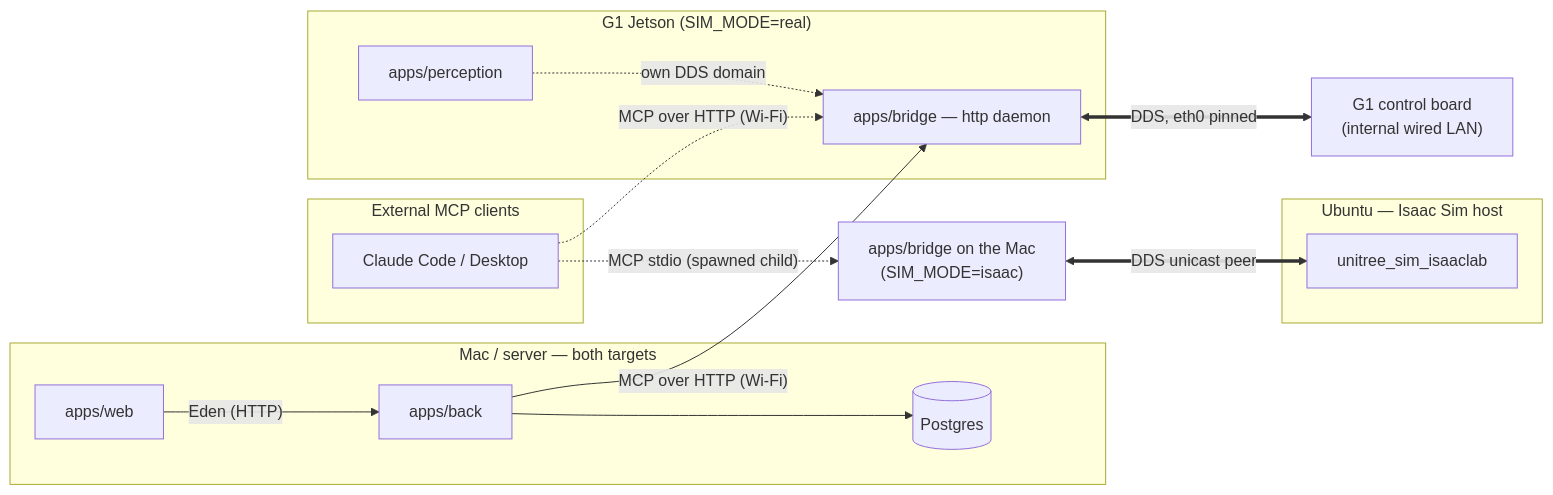
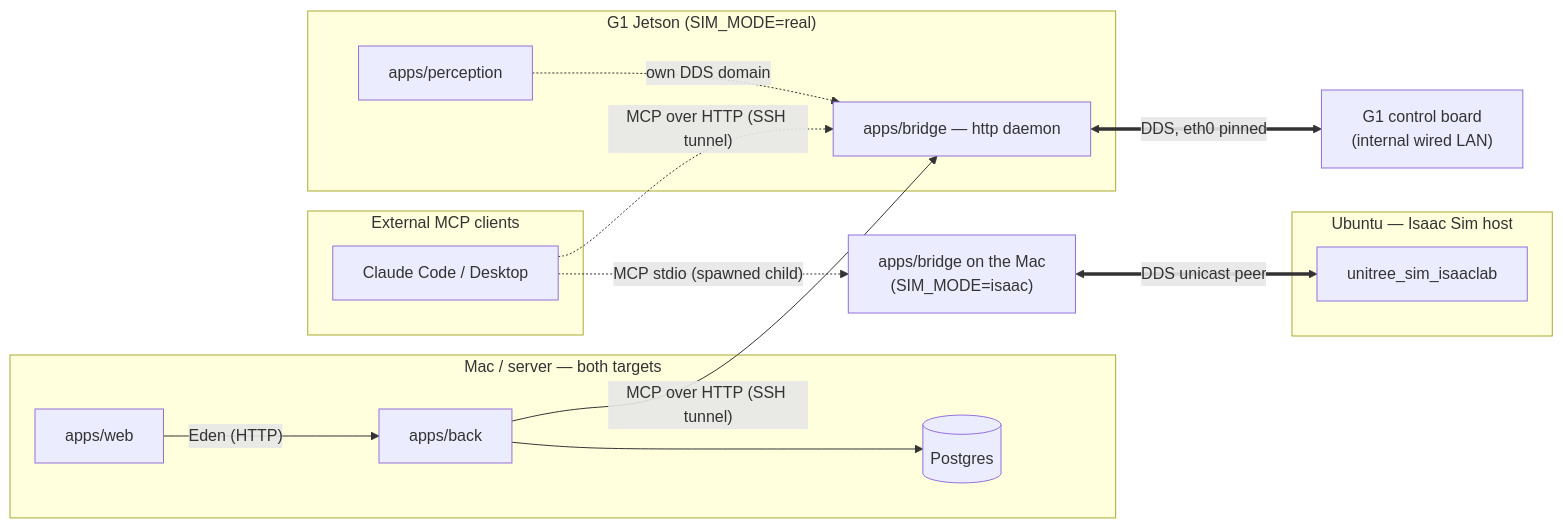
Before and after one commit to mercho40/C3PO: the first of 2 diagrams in docs/ARCHITECTURE.md, drawn with Mermaid. The commit also changed other lines of this file and 10 other files, not shown here.

First line of the commit message:
docs: the bridge is on loopback, the camera goes through back, the unit is a copy

````diff
--- a/docs/ARCHITECTURE.md
+++ b/docs/ARCHITECTURE.md
@@ -84,26 +89,26 @@
 ```mermaid
 flowchart LR
   subgraph SERVER["Mac / server — both targets"]
     WEB["apps/web"] -->|"Eden (HTTP)"| BACK["apps/back"]
     BACK --> PG[("Postgres")]
   end
   subgraph MCPC["External MCP clients"]
     CC["Claude Code / Desktop"]
   end
   subgraph SIMHOST["Ubuntu — Isaac Sim host"]
     SIM["unitree_sim_isaaclab"]
   end
   BRIDGE_S["apps/bridge on the Mac<br/>(SIM_MODE=isaac)"]
   subgraph JETSON["G1 Jetson (SIM_MODE=real)"]
     BRIDGE_R["apps/bridge — http daemon"]
     PERC["apps/perception"]
   end
   CTRL["G1 control board<br/>(internal wired LAN)"]
 
   CC -.->|"MCP stdio (spawned child)"| BRIDGE_S
-  CC -.->|"MCP over HTTP (Wi-Fi)"| BRIDGE_R
-  BACK -->|"MCP over HTTP (Wi-Fi)"| BRIDGE_R
+  CC -.->|"MCP over HTTP (SSH tunnel)"| BRIDGE_R
+  BACK -->|"MCP over HTTP (SSH tunnel)"| BRIDGE_R
   BRIDGE_S <==>|"DDS unicast peer"| SIM
   BRIDGE_R <==>|"DDS, eth0 pinned"| CTRL
   PERC -.->|"own DDS domain"| BRIDGE_R
 ```
````
